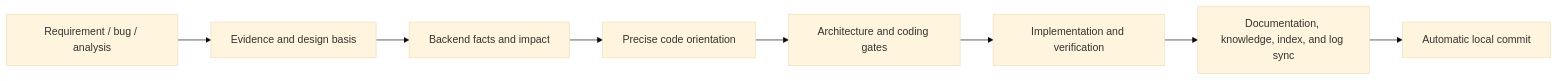
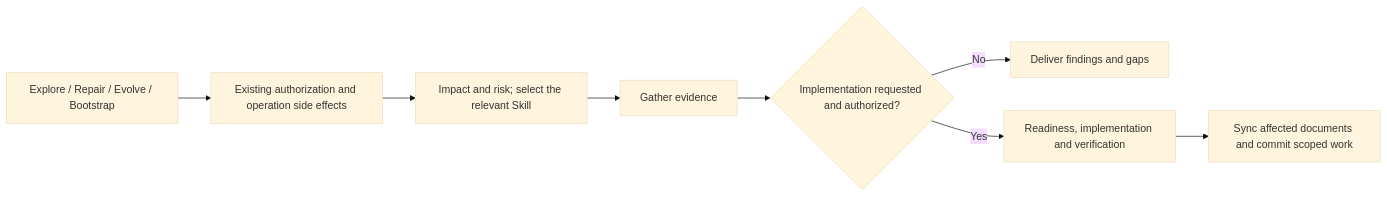
One commit to exception-coder/team-standards changed the diagram in README_en.md. Above: the diagram before and after it, drawn with Mermaid (base theme). The commit also changed other lines of this file and 18 other files, not shown here.

First line of the commit message:
feat(routing): 分离任务意图授权与风险判断

````diff
--- a/README_en.md
+++ b/README_en.md
@@ -7,10 +7,10 @@
 ```mermaid
 flowchart LR
-    INTENT["Requirement / bug / analysis"] --> EVIDENCE["Evidence and design basis"]
-    EVIDENCE --> IMPACT["Backend facts and impact"]
-    IMPACT --> LOCATE["Precise code orientation"]
-    LOCATE --> GUARD["Architecture and coding gates"]
-    GUARD --> BUILD["Implementation and verification"]
-    BUILD --> WRITEBACK["Documentation, knowledge, index, and log sync"]
-    WRITEBACK --> COMMIT["Automatic local commit"]
+    A["Explore / Repair / Evolve / Bootstrap"] --> B["Existing authorization and operation side effects"]
+    B --> C["Impact and risk; select the relevant Skill"]
+    C --> D["Gather evidence"]
+    D --> E{"Implementation requested and authorized?"}
+    E -->|"No"| F["Deliver findings and gaps"]
+    E -->|"Yes"| G["Readiness, implementation and verification"]
+    G --> H["Sync affected documents and commit scoped work"]
 ```
````
